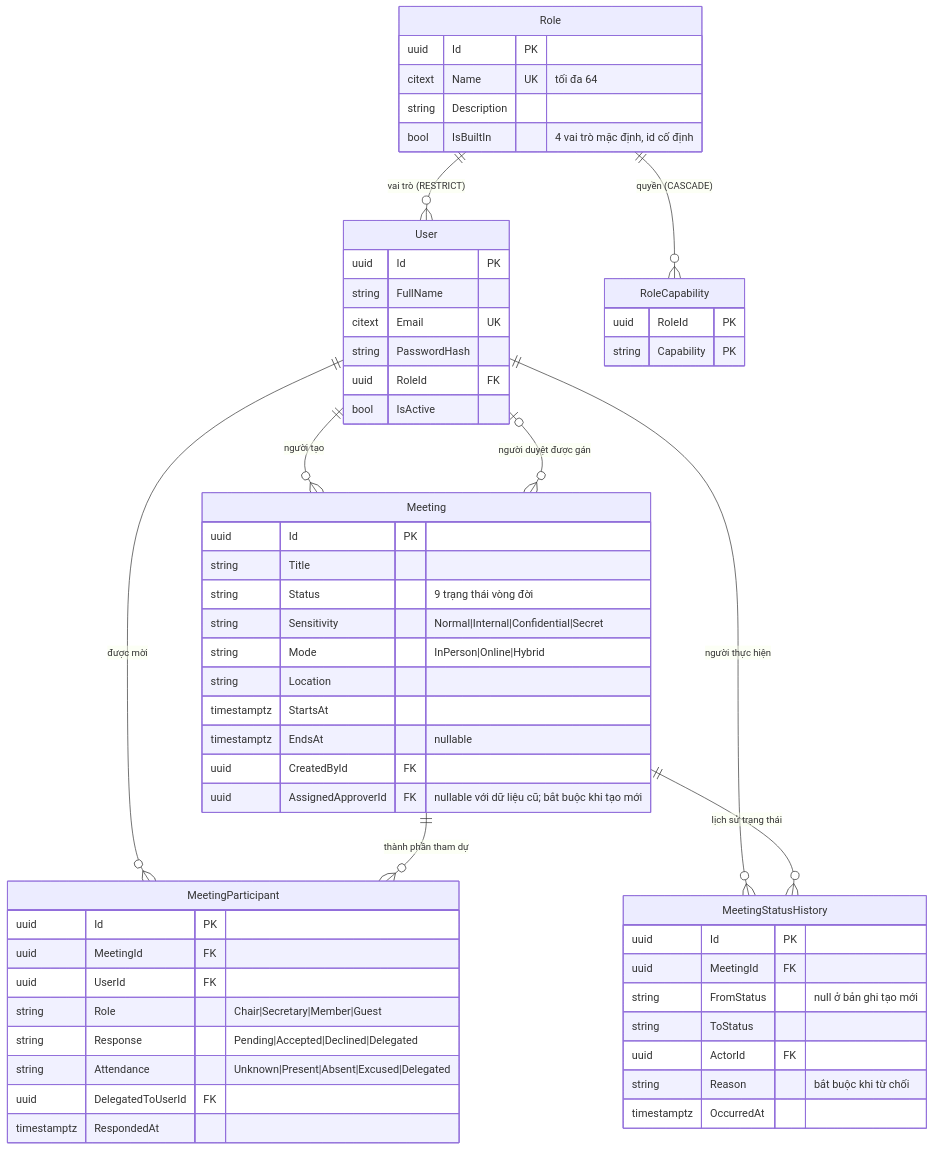
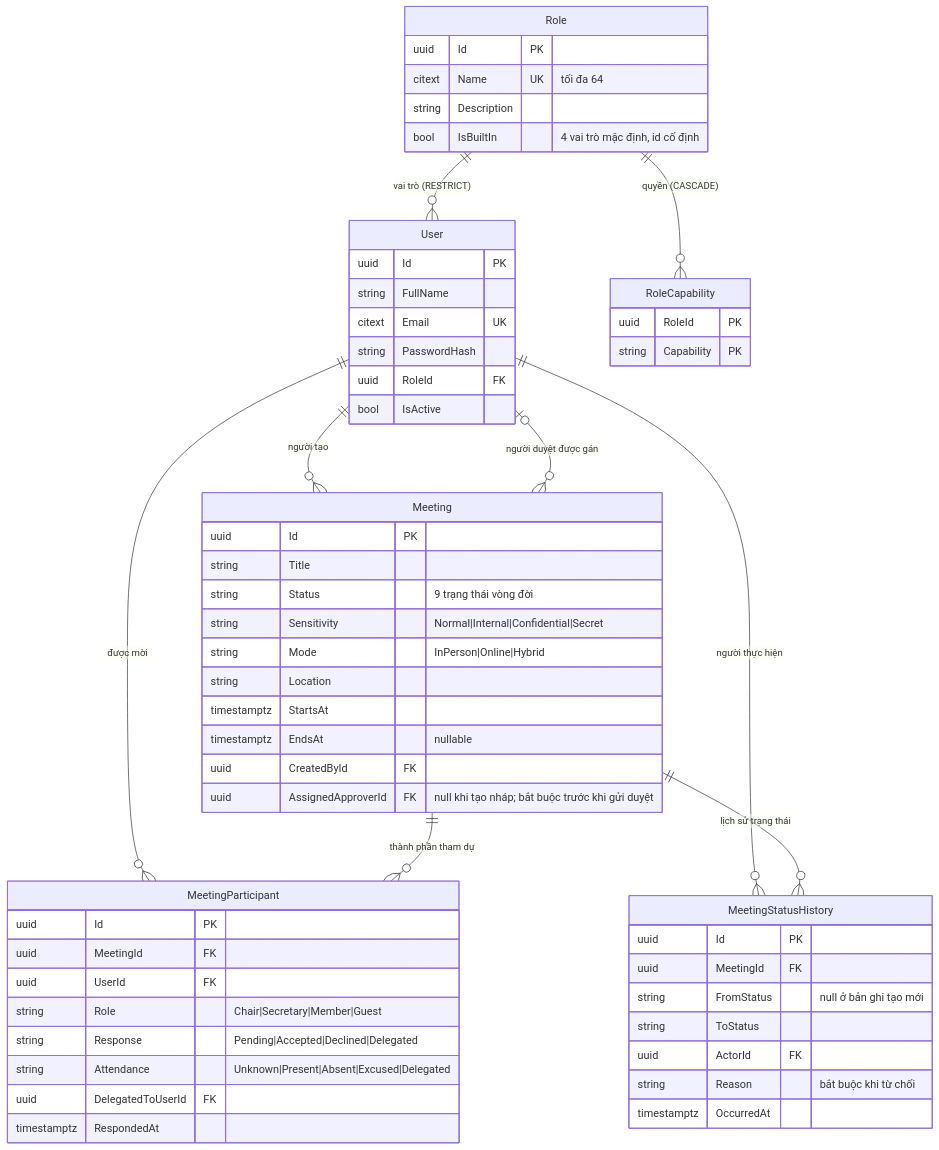
One commit to callmehai/FU-FA26-G116 changed the first of 5 diagrams in docs/02-design/02-erd.md. Above: the diagram before and after it, drawn with Mermaid. The commit also changed 8 other files, not shown here.

First line of the commit message:
Cho phép không có người duyệt cho bản nháp

````diff
--- a/docs/02-design/02-erd.md
+++ b/docs/02-design/02-erd.md
@@ -37,61 +37,61 @@
 ```mermaid
 erDiagram
     Role ||--o{ User : "vai trò (RESTRICT)"
     Role ||--o{ RoleCapability : "quyền (CASCADE)"
     User ||--o{ Meeting : "người tạo"
     User o|--o{ Meeting : "người duyệt được gán"
     User ||--o{ MeetingParticipant : "được mời"
     User ||--o{ MeetingStatusHistory : "người thực hiện"
     Meeting ||--o{ MeetingParticipant : "thành phần tham dự"
     Meeting ||--o{ MeetingStatusHistory : "lịch sử trạng thái"
 
     User {
         uuid Id PK
         string FullName
         citext Email UK
         string PasswordHash
         uuid RoleId FK
         bool IsActive
     }
     Role {
         uuid Id PK
         citext Name UK "tối đa 64"
         string Description
         bool IsBuiltIn "4 vai trò mặc định, id cố định"
     }
     RoleCapability {
         uuid RoleId PK
         string Capability PK
     }
     Meeting {
         uuid Id PK
         string Title
         string Status "9 trạng thái vòng đời"
         string Sensitivity "Normal|Internal|Confidential|Secret"
         string Mode "InPerson|Online|Hybrid"
         string Location
         timestamptz StartsAt
         timestamptz EndsAt "nullable"
         uuid CreatedById FK
-        uuid AssignedApproverId FK "nullable với dữ liệu cũ; bắt buộc khi tạo mới"
+        uuid AssignedApproverId FK "null khi tạo nháp; bắt buộc trước khi gửi duyệt"
     }
     MeetingParticipant {
         uuid Id PK
         uuid MeetingId FK
         uuid UserId FK
         string Role "Chair|Secretary|Member|Guest"
         string Response "Pending|Accepted|Declined|Delegated"
         string Attendance "Unknown|Present|Absent|Excused|Delegated"
         uuid DelegatedToUserId FK
         timestamptz RespondedAt
     }
     MeetingStatusHistory {
         uuid Id PK
         uuid MeetingId FK
         string FromStatus "null ở bản ghi tạo mới"
         string ToStatus
         uuid ActorId FK
         string Reason "bắt buộc khi từ chối"
         timestamptz OccurredAt
     }
 ```
````
